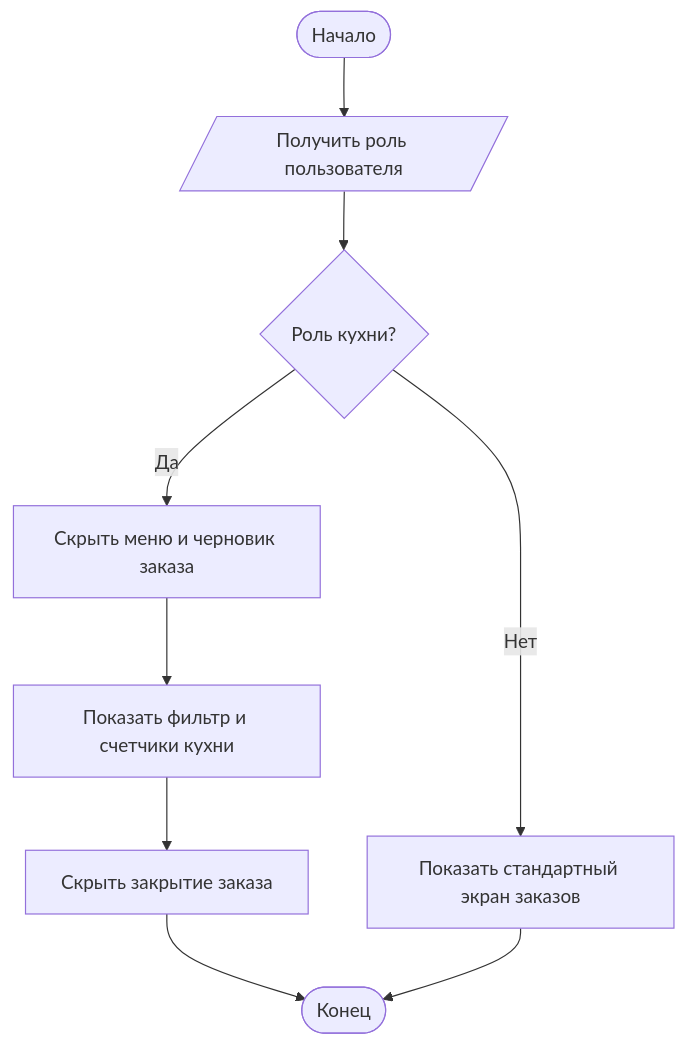
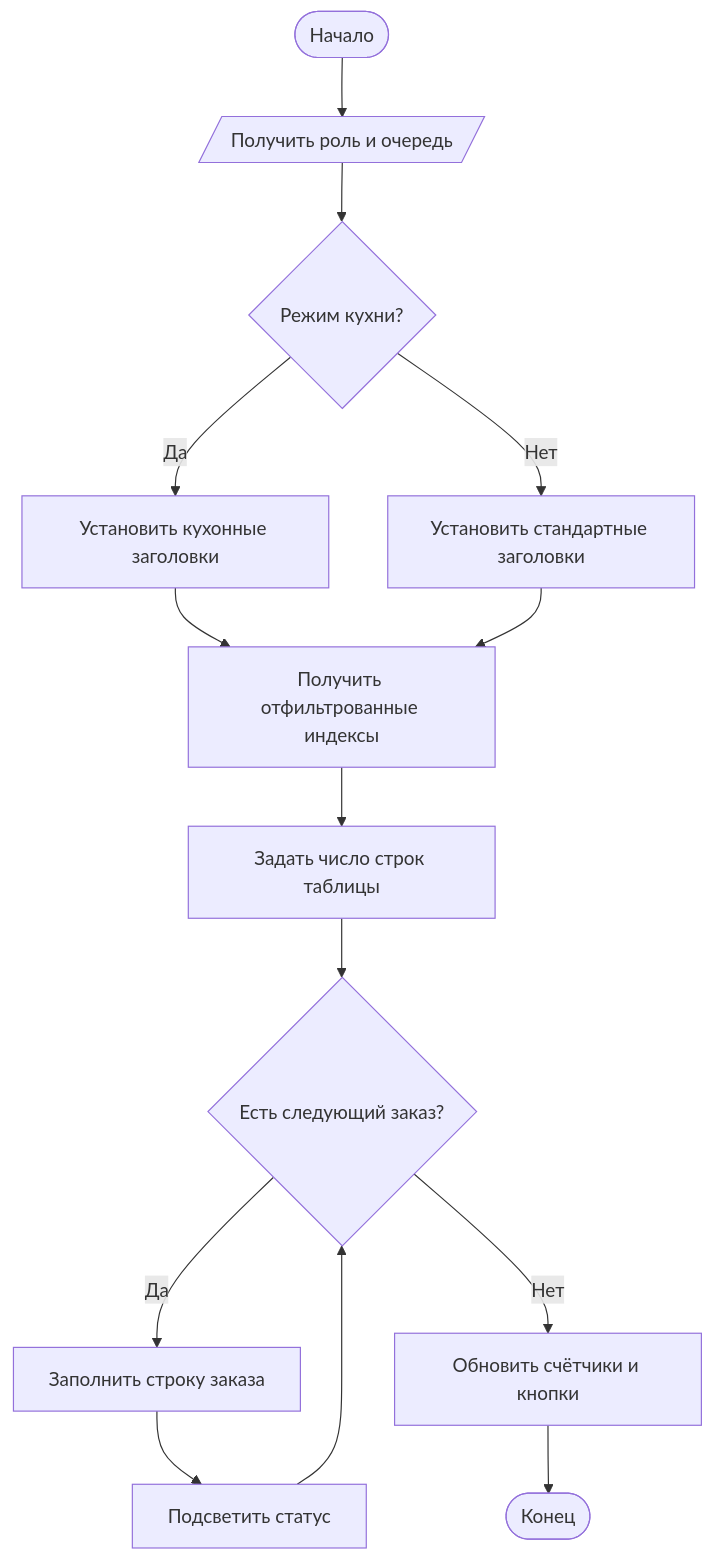
One commit to jakepz12/GastroSoft-course-work- changed the third of 6 diagrams in docs/kitchen_functions.md. Above: the diagram before and after it, drawn with Mermaid. The commit also changed other lines of this file and 2 other files, not shown here.

````diff
--- a/docs/kitchen_functions.md
+++ b/docs/kitchen_functions.md
@@ -109,11 +145,16 @@
 ```mermaid
 flowchart TD
-    A([Начало]) --> B[/Получить роль пользователя/]
-    B --> C{Роль кухни?}
-    C -- Да --> D[Скрыть меню и черновик заказа]
-    D --> E[Показать фильтр и счетчики кухни]
-    E --> F[Скрыть закрытие заказа]
-    C -- Нет --> G[Показать стандартный экран заказов]
-    F --> H([Конец])
-    G --> H
+    A([Начало]) --> B[/Получить роль и очередь/]
+    B --> C{Режим кухни?}
+    C -- Да --> D[Установить кухонные заголовки]
+    C -- Нет --> E[Установить стандартные заголовки]
+    D --> F[Получить отфильтрованные индексы]
+    E --> F
+    F --> G[Задать число строк таблицы]
+    G --> H{Есть следующий заказ?}
+    H -- Да --> I[Заполнить строку заказа]
+    I --> J[Подсветить статус]
+    J --> H
+    H -- Нет --> K[Обновить счётчики и кнопки]
+    K --> L([Конец])
 ```
````
